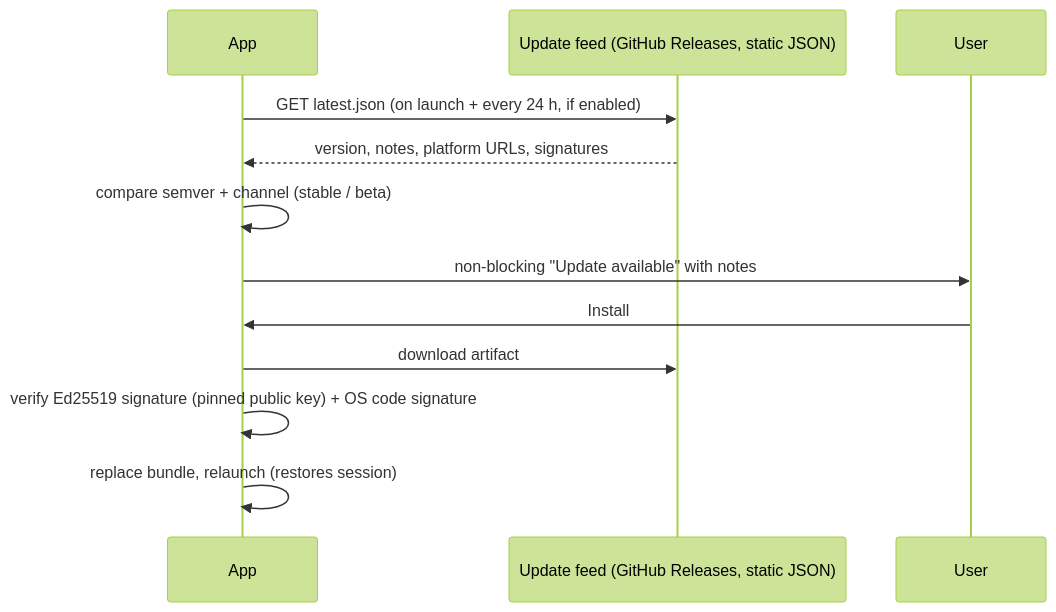
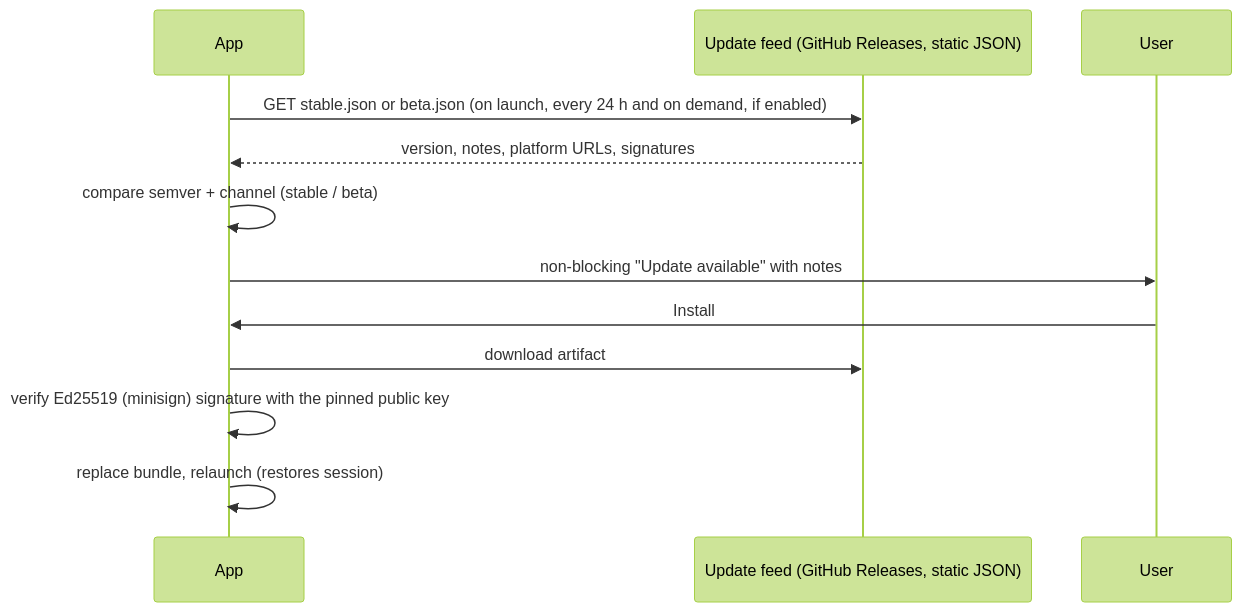
The diagram in docs/16-platform-and-distribution.md (theetaz/open-rows), drawn with Mermaid (forest theme) before and after one commit. The commit also changed other lines of this file and 45 other files, not shown here.

````diff
--- a/docs/16-platform-and-distribution.md
+++ b/docs/16-platform-and-distribution.md
@@ -133,15 +133,15 @@
 ```mermaid
 sequenceDiagram
     participant App
     participant Feed as Update feed (GitHub Releases, static JSON)
     participant User
 
-    App->>Feed: GET latest.json (on launch + every 24 h, if enabled)
+    App->>Feed: GET stable.json or beta.json (on launch, every 24 h and on demand, if enabled)
     Feed-->>App: version, notes, platform URLs, signatures
     App->>App: compare semver + channel (stable / beta)
     App->>User: non-blocking "Update available" with notes
     User->>App: Install
     App->>Feed: download artifact
-    App->>App: verify Ed25519 signature (pinned public key) + OS code signature
+    App->>App: verify Ed25519 (minisign) signature with the pinned public key
     App->>App: replace bundle, relaunch (restores session)
 ```
````
